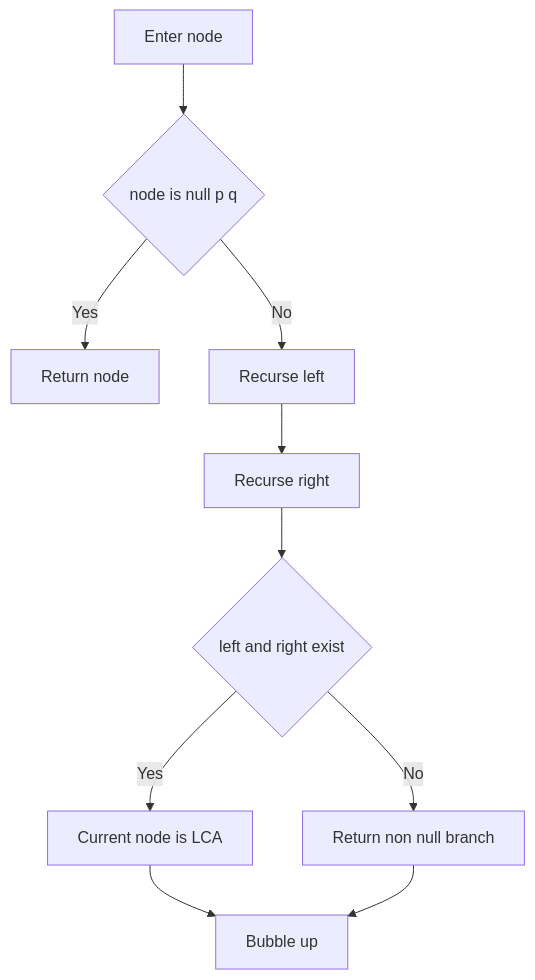
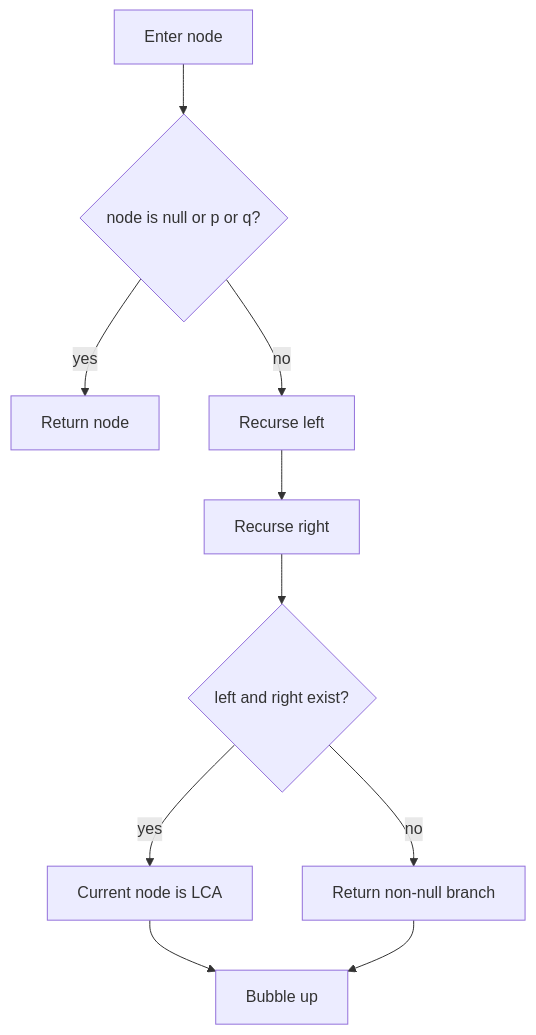
The diagram in content/docs/algorithms/algorithm-architect/05-tree/02-lca.md (choisimo/document), drawn with Mermaid before and after one commit. The commit also changed other lines of this file and 432 other files, not shown here.

````diff
--- a/content/docs/algorithms/algorithm-architect/05-tree/02-lca.md
+++ b/content/docs/algorithms/algorithm-architect/05-tree/02-lca.md
@@ -12,12 +72,12 @@
 ```mermaid
 flowchart TD
-    A[Enter node] --> B{node is null p q}
-    B -- Yes --> C[Return node]
-    B -- No --> D[Recurse left]
+    A[Enter node] --> B{node is null or p or q?}
+    B -- yes --> C[Return node]
+    B -- no --> D[Recurse left]
     D --> E[Recurse right]
-    E --> F{left and right exist}
-    F -- Yes --> G[Current node is LCA]
-    F -- No --> H[Return non null branch]
+    E --> F{left and right exist?}
+    F -- yes --> G[Current node is LCA]
+    F -- no --> H[Return non-null branch]
     G --> I[Bubble up]
     H --> I
 ```
````
